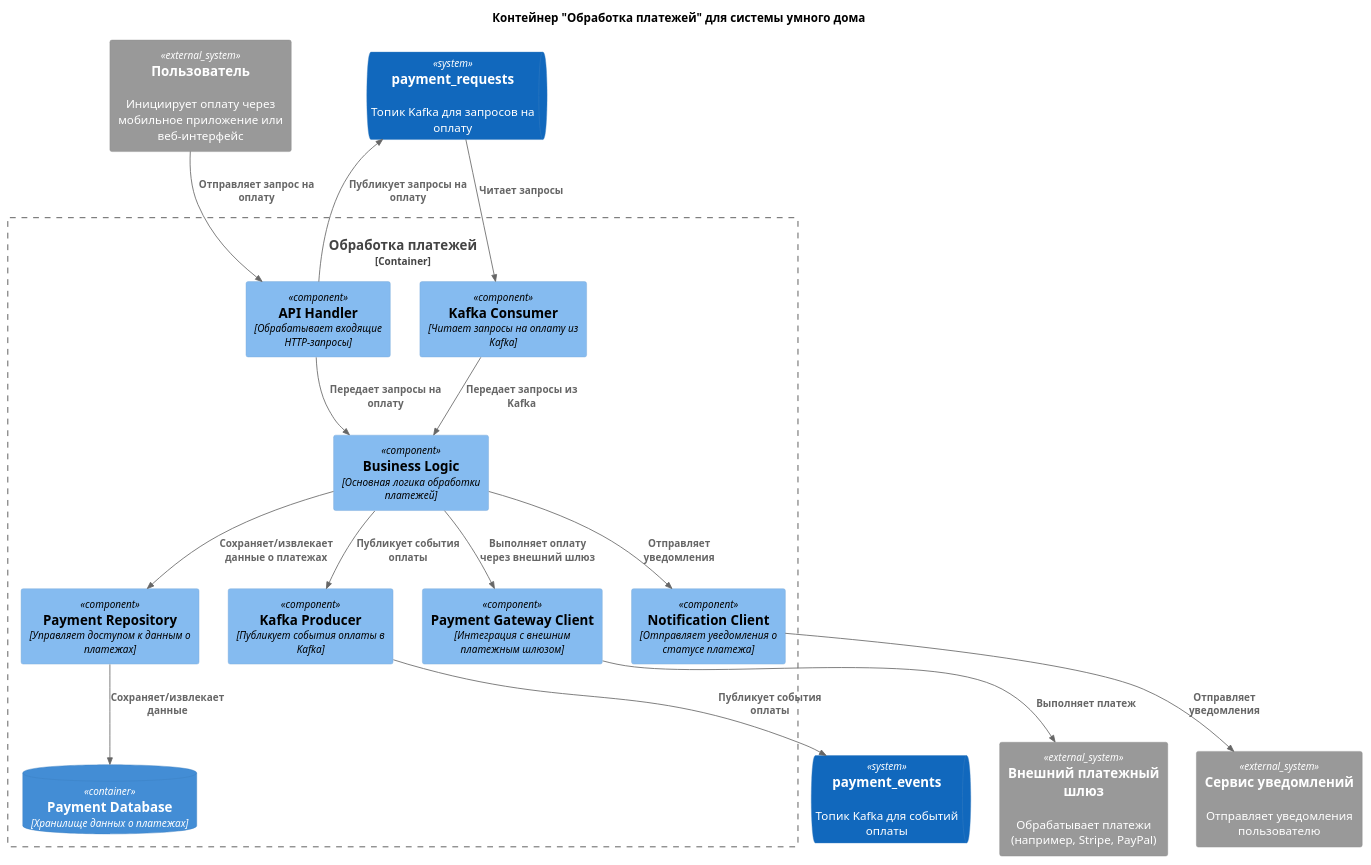
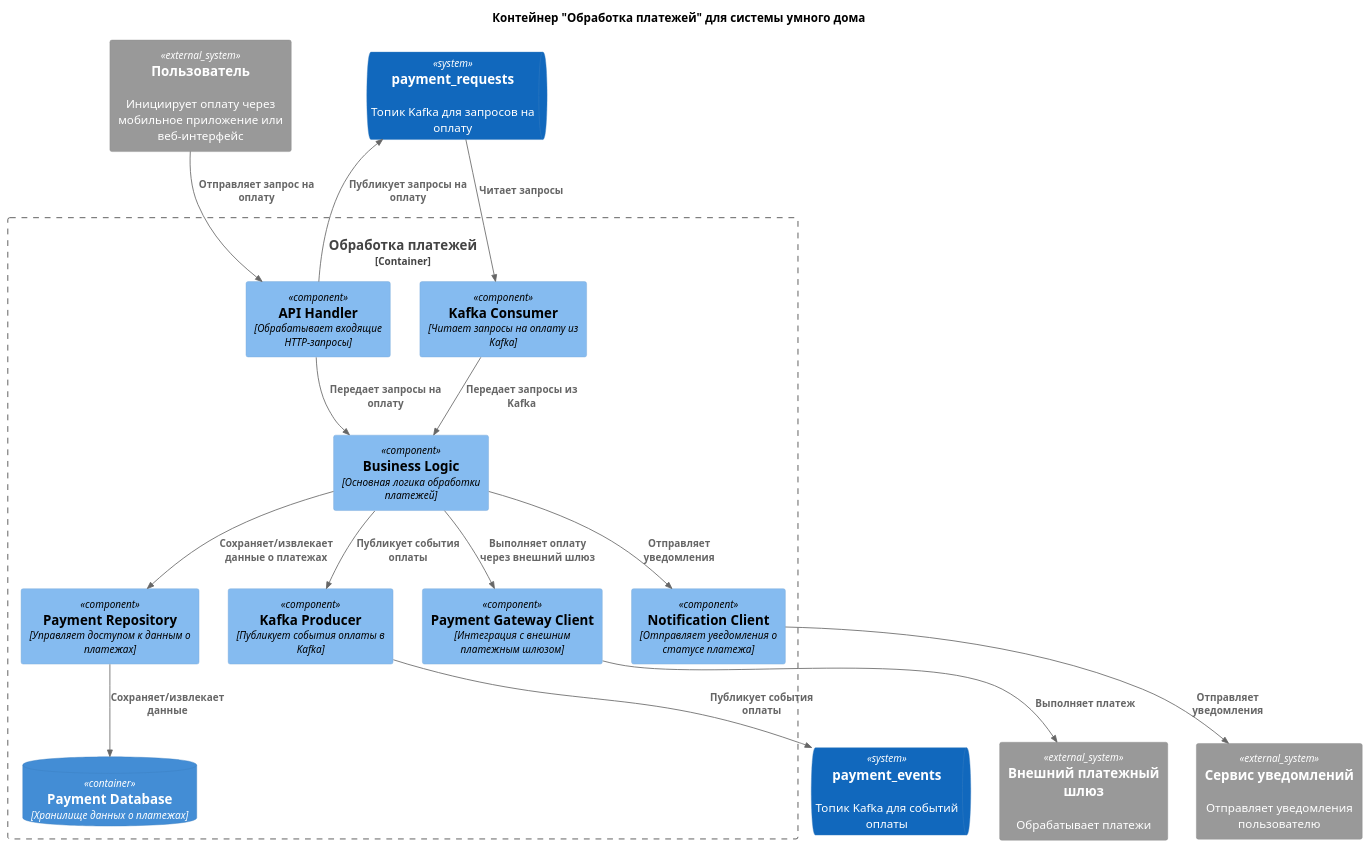
One commit to Anetisa/architecture-sprint-3 changed the first of 2 diagrams in Task2_C4_Components.puml. Above: the diagram before and after it, drawn with PlantUML.

Commit message:
Изменены диаграммы контейнеров и компонент

```diff
--- a/Task2_C4_Components.puml
+++ b/Task2_C4_Components.puml
@@ -2,41 +2,41 @@
 @startuml
 !includeurl https://raw.githubusercontent.com/RicardoNiepel/C4-PlantUML/master/C4_Component.puml
 
 title Контейнер "Обработка платежей" для системы умного дома
 
 Container_Boundary(PaymentProcessing, "Обработка платежей") {
     Component(APIHandler, "API Handler", "Обрабатывает входящие HTTP-запросы")
     Component(BusinessLogic, "Business Logic", "Основная логика обработки платежей")
     Component(KafkaConsumer, "Kafka Consumer", "Читает запросы на оплату из Kafka")
     Component(KafkaProducer, "Kafka Producer", "Публикует события оплаты в Kafka")
     Component(PaymentRepository, "Payment Repository", "Управляет доступом к данным о платежах")
     Component(PaymentGatewayClient, "Payment Gateway Client", "Интеграция с внешним платежным шлюзом")
     Component(NotificationClient, "Notification Client", "Отправляет уведомления о статусе платежа")
     ContainerDb(PaymentDB, "Payment Database", "Хранилище данных о платежах")
 }
 
 ' Внешние системы
 System_Ext(User, "Пользователь", "Инициирует оплату через мобильное приложение или веб-интерфейс")
-System_Ext(ExternalPaymentGateway, "Внешний платежный шлюз", "Обрабатывает платежи (например, Stripe, PayPal)")
+System_Ext(ExternalPaymentGateway, "Внешний платежный шлюз", "Обрабатывает платежи")
 System_Ext(NotificationService, "Сервис уведомлений", "Отправляет уведомления пользователю")
 SystemQueue(PaymentRequests, "payment_requests", "Топик Kafka для запросов на оплату")
 SystemQueue(PaymentEvents, "payment_events", "Топик Kafka для событий оплаты")
 
 ' Взаимодействия внутри контейнера
 Rel(APIHandler, BusinessLogic, "Передает запросы на оплату")
 Rel(KafkaConsumer, BusinessLogic, "Передает запросы из Kafka")
 Rel(BusinessLogic, PaymentRepository, "Сохраняет/извлекает данные о платежах")
 Rel(PaymentRepository, PaymentDB, "Сохраняет/извлекает данные")
 Rel(BusinessLogic, PaymentGatewayClient, "Выполняет оплату через внешний шлюз")
 Rel(BusinessLogic, KafkaProducer, "Публикует события оплаты")
 Rel(BusinessLogic, NotificationClient, "Отправляет уведомления")
 
 ' Взаимодействия с внешними системами
 Rel(User, APIHandler, "Отправляет запрос на оплату")
 Rel(APIHandler, PaymentRequests, "Публикует запросы на оплату")
 Rel(PaymentRequests, KafkaConsumer, "Читает запросы")
 Rel(PaymentGatewayClient, ExternalPaymentGateway, "Выполняет платеж")
 Rel(KafkaProducer, PaymentEvents, "Публикует события оплаты")
 Rel(NotificationClient, NotificationService, "Отправляет уведомления")
 
 @enduml
```
